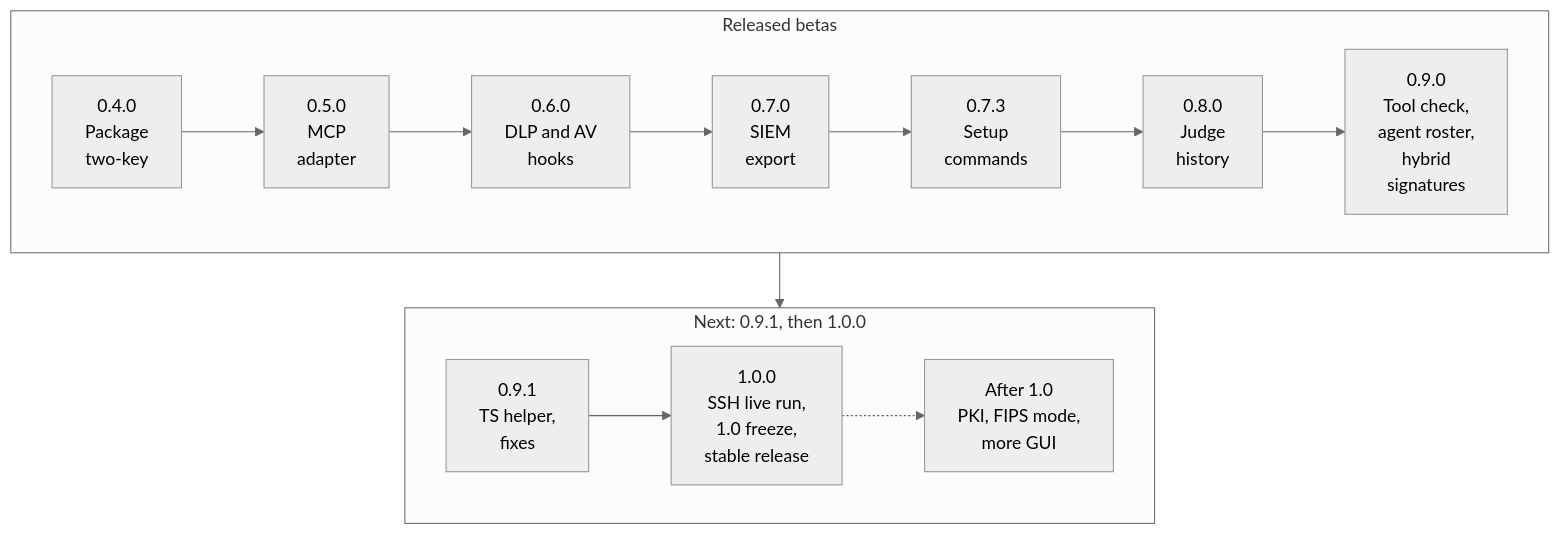
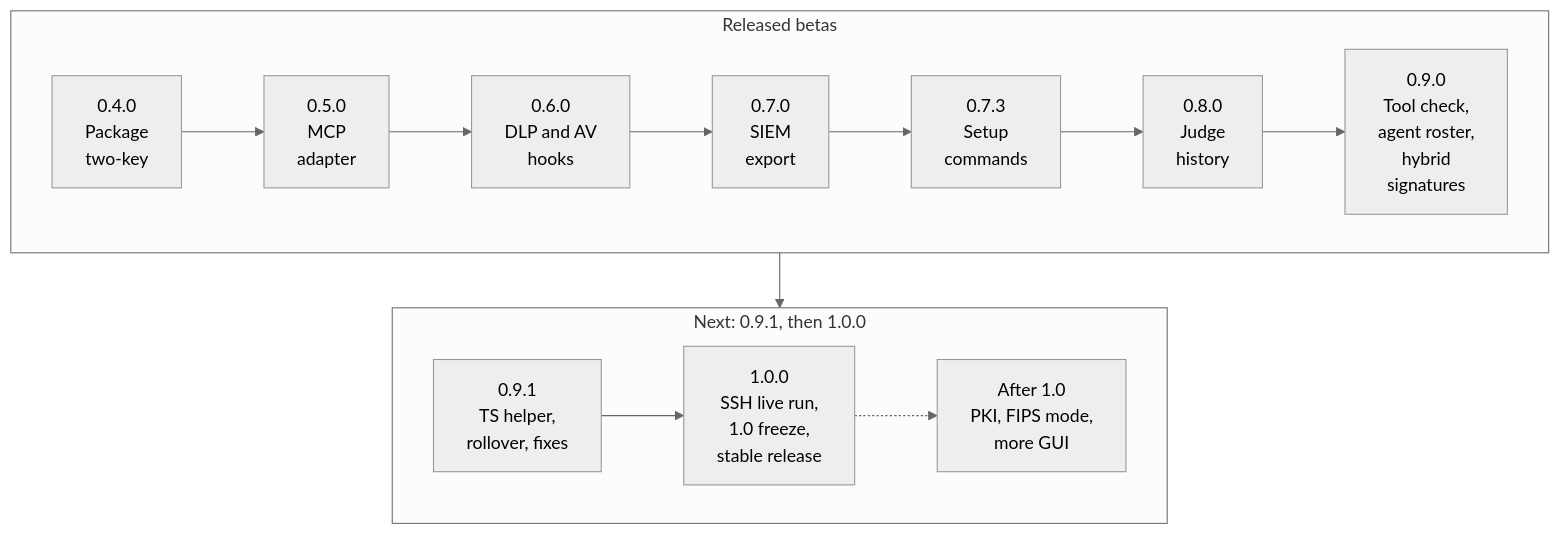
The diagram in ROADMAP.md (Insomniac-VibeLabs/two-key), drawn with Mermaid (neutral theme) before and after one commit. The commit also changed other lines of this file and 26 other files, not shown here.

````diff
--- a/ROADMAP.md
+++ b/ROADMAP.md
@@ -43,12 +43,12 @@
 ```mermaid
 flowchart TD
   subgraph done["Released betas"]
     direction LR
     r04["0.4.0<br/>Package<br/>two-key"] --> r05["0.5.0<br/>MCP<br/>adapter"] --> r06["0.6.0<br/>DLP and AV<br/>hooks"] --> r07["0.7.0<br/>SIEM<br/>export"] --> r073["0.7.3<br/>Setup<br/>commands"] --> r08["0.8.0<br/>Judge<br/>history"] --> r09["0.9.0<br/>Tool check,<br/>agent roster,<br/>hybrid<br/>signatures"]
   end
   subgraph next["Next: 0.9.1, then 1.0.0"]
     direction LR
-    r091["0.9.1<br/>TS helper,<br/>fixes"] --> r10["1.0.0<br/>SSH live run,<br/>1.0 freeze,<br/>stable release"] -.-> after["After 1.0<br/>PKI, FIPS mode,<br/>more GUI"]
+    r091["0.9.1<br/>TS helper,<br/>rollover, fixes"] --> r10["1.0.0<br/>SSH live run,<br/>1.0 freeze,<br/>stable release"] -.-> after["After 1.0<br/>PKI, FIPS mode,<br/>more GUI"]
   end
   done --> next
 ```
````
